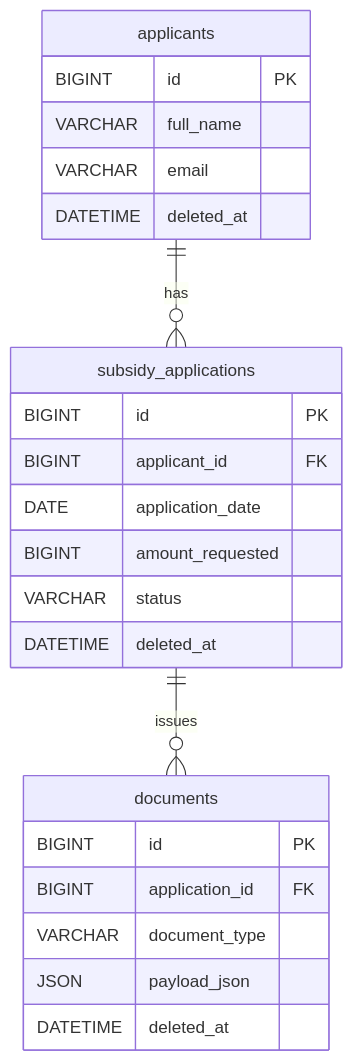
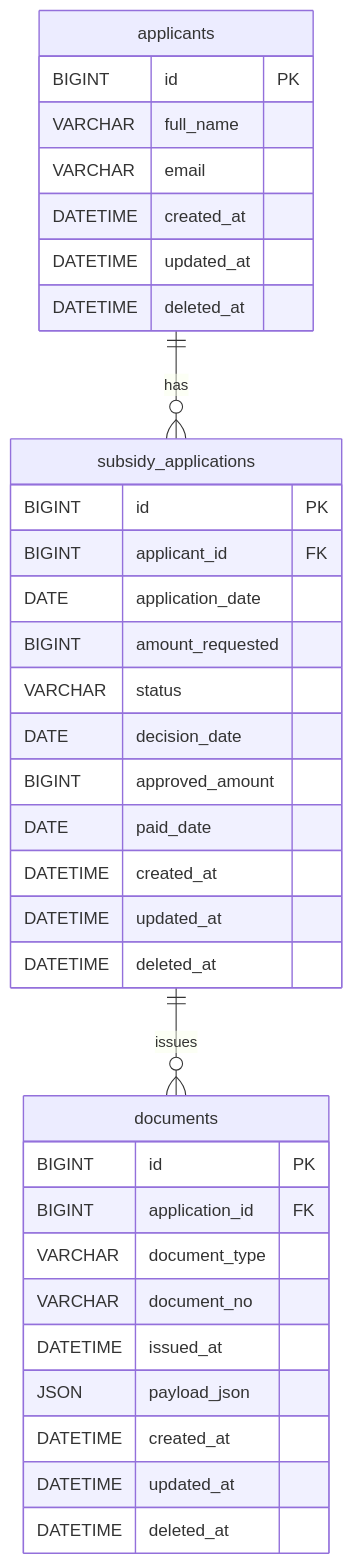
The diagram in README.md (kaneko-mutsumi/subsidy-management-api), drawn with Mermaid before and after one commit. The commit also changed other lines of this file and 21 other files, not shown here.

````diff
--- a/README.md
+++ b/README.md
@@ -136,26 +118,40 @@
 ```mermaid
 erDiagram
 applicants ||--o{ subsidy_applications : has
 subsidy_applications ||--o{ documents : issues
+
 applicants {
 BIGINT id PK
 VARCHAR full_name
 VARCHAR email
+DATETIME created_at
+DATETIME updated_at
 DATETIME deleted_at
 }
+
 subsidy_applications {
 BIGINT id PK
 BIGINT applicant_id FK
 DATE application_date
 BIGINT amount_requested
 VARCHAR status
+DATE decision_date
+BIGINT approved_amount
+DATE paid_date
+DATETIME created_at
+DATETIME updated_at
 DATETIME deleted_at
 }
+
 documents {
 BIGINT id PK
 BIGINT application_id FK
 VARCHAR document_type
+VARCHAR document_no
+DATETIME issued_at
 JSON payload_json
+DATETIME created_at
+DATETIME updated_at
 DATETIME deleted_at
 }
 ```
````
